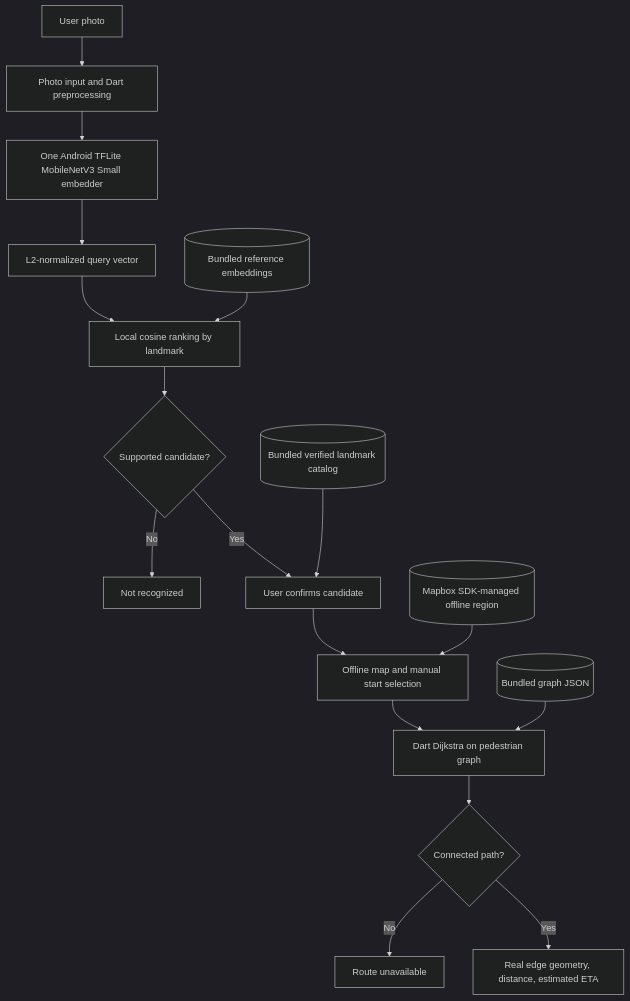
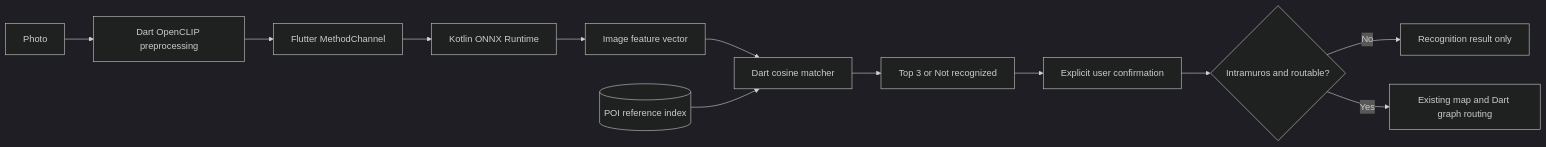
The diagram in docs/SDD.md (hiroqt/tunton-ai), drawn with Mermaid (dark theme) before and after one commit. The commit also changed other lines of this file and 89 other files, not shown here.

````diff
--- a/docs/SDD.md
+++ b/docs/SDD.md
@@ -54,19 +9,14 @@
 ```mermaid
-flowchart TD
-    U[User photo] --> P[Photo input and Dart preprocessing]
-    P --> M[One Android TFLite MobileNetV3 Small embedder]
-    M --> V[L2-normalized query vector]
-    V --> R[Local cosine ranking by landmark]
-    RI[(Bundled reference embeddings)] --> R
-    R --> C{Supported candidate?}
-    C -->|No| N[Not recognized]
-    C -->|Yes| Q[User confirms candidate]
-    L[(Bundled verified landmark catalog)] --> Q
-    Q --> MAP[Offline map and manual start selection]
-    MB[(Mapbox SDK-managed offline region)] --> MAP
-    MAP --> D[Dart Dijkstra on pedestrian graph]
-    G[(Bundled graph JSON)] --> D
-    D --> O{Connected path?}
-    O -->|No| X[Route unavailable]
-    O -->|Yes| Y[Real edge geometry, distance, estimated ETA]
+flowchart LR
+  P[Photo] --> D[Dart OpenCLIP preprocessing]
+  D --> C[Flutter MethodChannel]
+  C --> N[Kotlin ONNX Runtime]
+  N --> V[Image feature vector]
+  V --> M[Dart cosine matcher]
+  I[(POI reference index)] --> M
+  M --> R[Top 3 or Not recognized]
+  R --> U[Explicit user confirmation]
+  U --> A{Intramuros and routable?}
+  A -->|No| X[Recognition result only]
+  A -->|Yes| W[Existing map and Dart graph routing]
 ```
````
